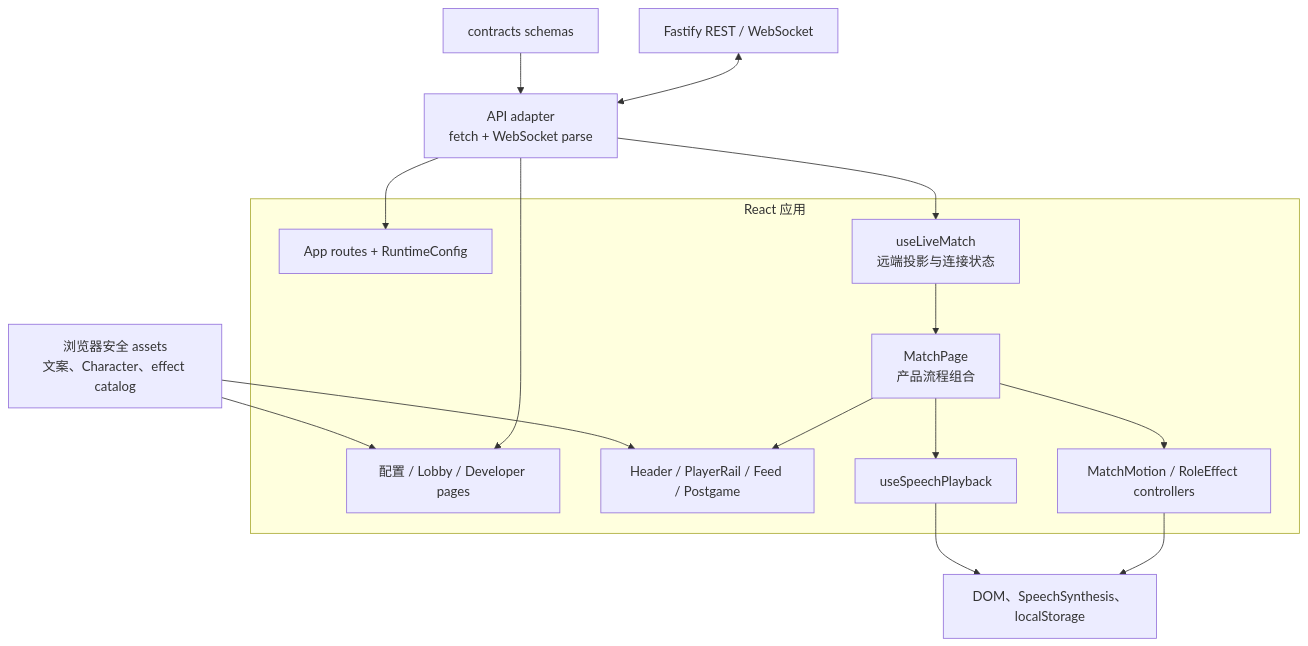
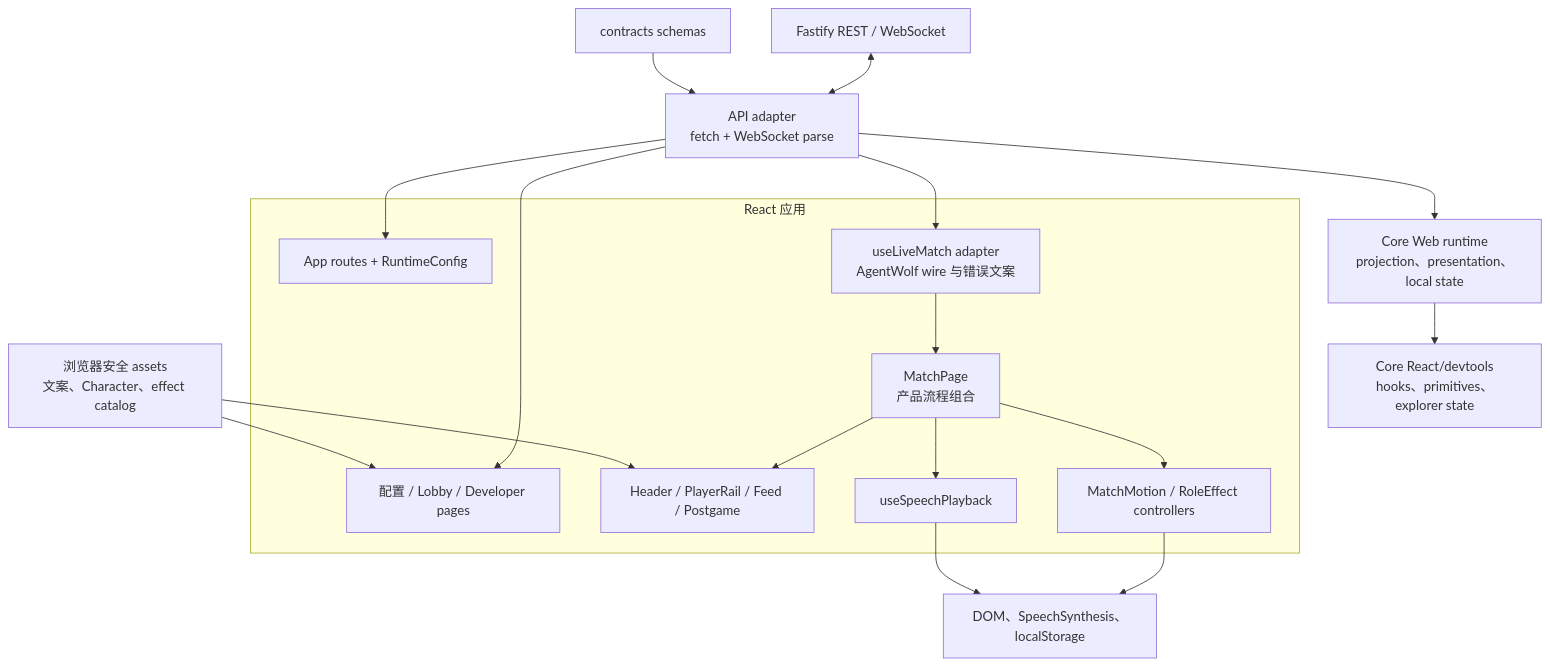
The first of 2 diagrams in docs/architecture/web-client.md (renewboy/agentwolf), drawn with Mermaid before and after one commit. The commit also changed other lines of this file and 30 other files, not shown here.

Commit message:
refactor: consume core web platform runtimes

````diff
--- a/docs/architecture/web-client.md
+++ b/docs/architecture/web-client.md
@@ -28,29 +30,33 @@
 ```mermaid
 flowchart TB
     Contracts["contracts schemas"]
     Assets["浏览器安全 assets<br/>文案、Character、effect catalog"]
     API["API adapter<br/>fetch + WebSocket parse"]
+    Core["Core Web runtime<br/>projection、presentation、local state"]
+    CoreReact["Core React/devtools<br/>hooks、primitives、explorer state"]
 
     subgraph App["React 应用"]
         Routes["App routes + RuntimeConfig"]
         Pages["配置 / Lobby / Developer pages"]
-        Live["useLiveMatch<br/>远端投影与连接状态"]
+        Live["useLiveMatch adapter<br/>AgentWolf wire 与错误文案"]
         Match["MatchPage<br/>产品流程组合"]
         Components["Header / PlayerRail / Feed / Postgame"]
         Speech["useSpeechPlayback"]
         Motion["MatchMotion / RoleEffect controllers"]
     end
 
     Server["Fastify REST / WebSocket"]
     Browser["DOM、SpeechSynthesis、localStorage"]
 
     Contracts --> API
     Assets --> Pages
     Assets --> Components
     Server <--> API
+    API --> Core
+    Core --> CoreReact
     API --> Routes
     API --> Pages
     API --> Live --> Match --> Components
     Match --> Speech --> Browser
     Match --> Motion --> Browser
 ```
````
